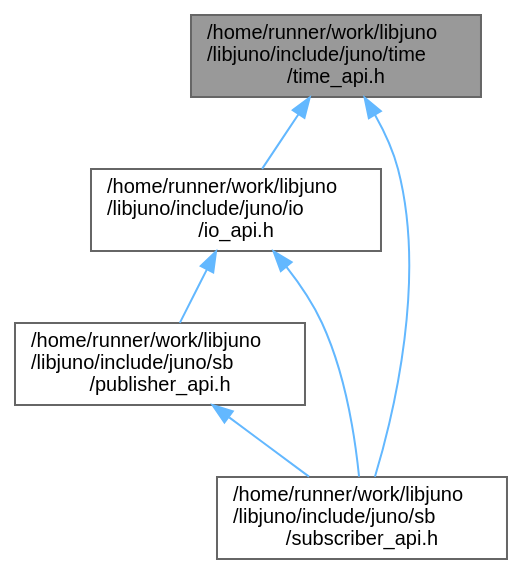
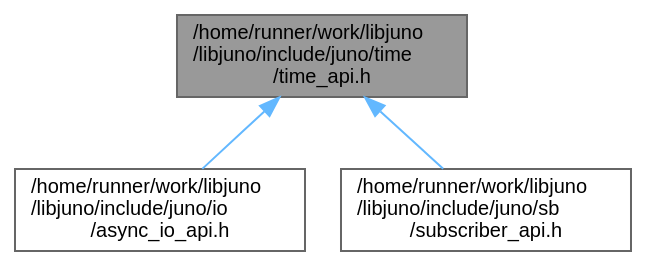
Before and after one commit to robinonsay/libjuno: the diagram in time__api_8h__dep__incl.dot, drawn with Graphviz. The commit also changed 175 other files, not shown here.

```diff
--- a/time__api_8h__dep__incl.dot
+++ b/time__api_8h__dep__incl.dot
@@ -1,16 +1,12 @@
 digraph "/home/runner/work/libjuno/libjuno/include/juno/time/time_api.h"
 {
  // LATEX_PDF_SIZE
   bgcolor="transparent";
   edge [fontname=Helvetica,fontsize=10,labelfontname=Helvetica,labelfontsize=10];
   node [fontname=Helvetica,fontsize=10,shape=box,height=0.2,width=0.4];
   Node1 [id="Node000001",label="/home/runner/work/libjuno\l/libjuno/include/juno/time\l/time_api.h",height=0.2,width=0.4,color="gray40", fillcolor="grey60", style="filled", fontcolor="black",tooltip=" "];
   Node1 -> Node2 [id="edge1_Node000001_Node000002",dir="back",color="steelblue1",style="solid",tooltip=" "];
-  Node2 [id="Node000002",label="/home/runner/work/libjuno\l/libjuno/include/juno/io\l/io_api.h",height=0.2,width=0.4,color="grey40", fillcolor="white", style="filled",URL="$io__api_8h.html",tooltip=" "];
-  Node2 -> Node3 [id="edge2_Node000002_Node000003",dir="back",color="steelblue1",style="solid",tooltip=" "];
-  Node3 [id="Node000003",label="/home/runner/work/libjuno\l/libjuno/include/juno/sb\l/publisher_api.h",height=0.2,width=0.4,color="grey40", fillcolor="white", style="filled",URL="$publisher__api_8h.html",tooltip=" "];
-  Node3 -> Node4 [id="edge3_Node000003_Node000004",dir="back",color="steelblue1",style="solid",tooltip=" "];
-  Node4 [id="Node000004",label="/home/runner/work/libjuno\l/libjuno/include/juno/sb\l/subscriber_api.h",height=0.2,width=0.4,color="grey40", fillcolor="white", style="filled",URL="$subscriber__api_8h.html",tooltip=" "];
-  Node2 -> Node4 [id="edge4_Node000002_Node000004",dir="back",color="steelblue1",style="solid",tooltip=" "];
-  Node1 -> Node4 [id="edge5_Node000001_Node000004",dir="back",color="steelblue1",style="solid",tooltip=" "];
+  Node2 [id="Node000002",label="/home/runner/work/libjuno\l/libjuno/include/juno/io\l/async_io_api.h",height=0.2,width=0.4,color="grey40", fillcolor="white", style="filled",URL="$async__io__api_8h.html",tooltip=" "];
+  Node1 -> Node3 [id="edge2_Node000001_Node000003",dir="back",color="steelblue1",style="solid",tooltip=" "];
+  Node3 [id="Node000003",label="/home/runner/work/libjuno\l/libjuno/include/juno/sb\l/subscriber_api.h",height=0.2,width=0.4,color="grey40", fillcolor="white", style="filled",URL="$subscriber__api_8h.html",tooltip=" "];
 }
```
